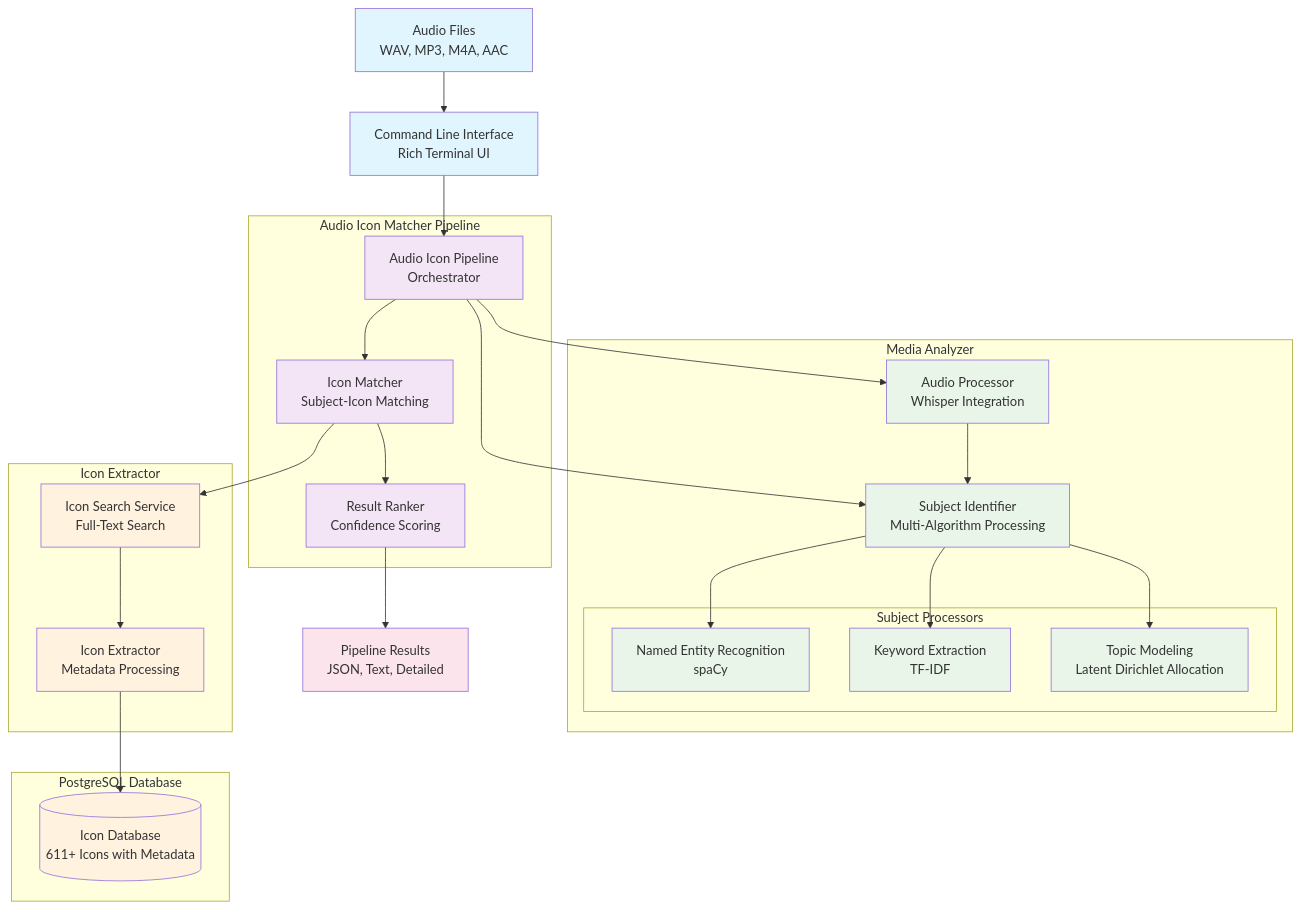
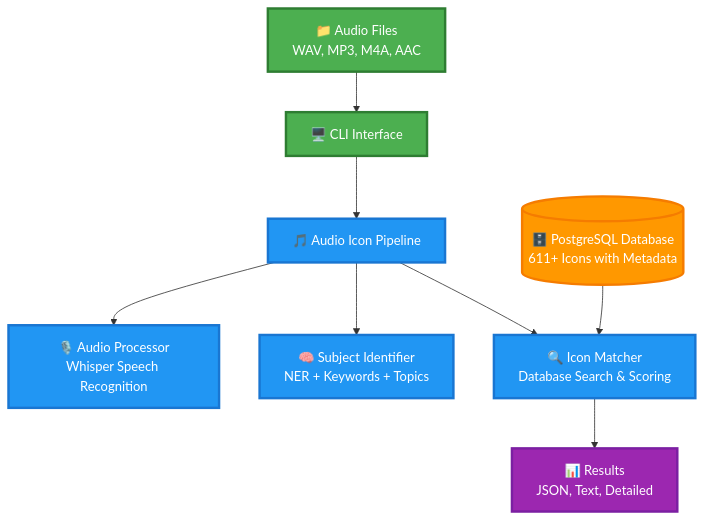
Before and after one commit to spryify/story-curator: the first of 3 diagrams in docs/architecture.md, drawn with Mermaid. The commit also changed other lines of this file, not shown here.

Commit message:
docs: Update architecture documentation to reflect changes in audio processing and subject extraction components

````diff
--- a/docs/architecture.md
+++ b/docs/architecture.md
@@ -106,69 +106,30 @@
 ```mermaid
-graph TB
-    %% Input Layer
-    AudioFile[Audio Files<br/>WAV, MP3, M4A, AAC]
-    CLI[Command Line Interface<br/>Rich Terminal UI]
+flowchart TD
+    %% Input
+    A[📁 Audio Files<br/>WAV, MP3, M4A, AAC] --> B[🖥️ CLI Interface]
     
-    %% Application Layer
-    subgraph "Audio Icon Matcher Pipeline"
-        AIM[Audio Icon Pipeline<br/>Orchestrator]
-        Matcher[Icon Matcher<br/>Subject-Icon Matching]
-        Ranker[Result Ranker<br/>Confidence Scoring]
-    end
+    %% Main Pipeline
+    B --> C[🎵 Audio Icon Pipeline]
     
-    %% Core Processing Layer
-    subgraph "Media Analyzer"
-        AP[Audio Processor<br/>Whisper Integration]
-        SI[Subject Identifier<br/>Multi-Algorithm Processing]
-        subgraph "Subject Processors"
-            NER[Named Entity Recognition<br/>spaCy]
-            KW[Keyword Extraction<br/>TF-IDF]
-            LDA[Topic Modeling<br/>Latent Dirichlet Allocation]
-        end
-    end
+    %% Core Processing
+    C --> D[🎙️ Audio Processor<br/>Whisper Speech Recognition]
+    C --> E[🧠 Subject Identifier<br/>NER + Keywords + Topics]
+    C --> F[🔍 Icon Matcher<br/>Database Search & Scoring]
     
-    %% Data Layer
-    subgraph "Icon Extractor"
-        IS[Icon Search Service<br/>Full-Text Search]
-        IE[Icon Extractor<br/>Metadata Processing]
-    end
+    %% Data Storage
+    G[(🗄️ PostgreSQL Database<br/>611+ Icons with Metadata)] --> F
     
-    subgraph "PostgreSQL Database"
-        IconDB[(Icon Database<br/>611+ Icons with Metadata)]
-    end
+    %% Output
+    F --> H[📊 Results<br/>JSON, Text, Detailed]
     
-    %% Output Layer
-    Results[Pipeline Results<br/>JSON, Text, Detailed]
+    %% Styling for better visibility
+    classDef inputNode fill:#4CAF50,stroke:#2E7D32,stroke-width:3px,color:#fff
+    classDef processNode fill:#2196F3,stroke:#1976D2,stroke-width:3px,color:#fff
+    classDef dataNode fill:#FF9800,stroke:#F57C00,stroke-width:3px,color:#fff
+    classDef outputNode fill:#9C27B0,stroke:#7B1FA2,stroke-width:3px,color:#fff
     
-    %% Connections
-    AudioFile --> CLI
-    CLI --> AIM
-    AIM --> AP
-    AIM --> SI
-    AIM --> Matcher
-    
-    AP --> SI
-    SI --> NER
-    SI --> KW  
-    SI --> LDA
-    
-    Matcher --> IS
-    IS --> IE
-    IE --> IconDB
-    
-    Matcher --> Ranker
-    Ranker --> Results
-    
-    %% Styling
-    classDef inputLayer fill:#e1f5fe
-    classDef appLayer fill:#f3e5f5
-    classDef coreLayer fill:#e8f5e8
-    classDef dataLayer fill:#fff3e0
-    classDef outputLayer fill:#fce4ec
-    
-    class AudioFile,CLI inputLayer
-    class AIM,Matcher,Ranker appLayer
-    class AP,SI,NER,KW,LDA coreLayer
-    class IS,IE,IconDB dataLayer
-    class Results outputLayer
+    class A,B inputNode
+    class C,D,E,F processNode
+    class G dataNode
+    class H outputNode
 ```
````
